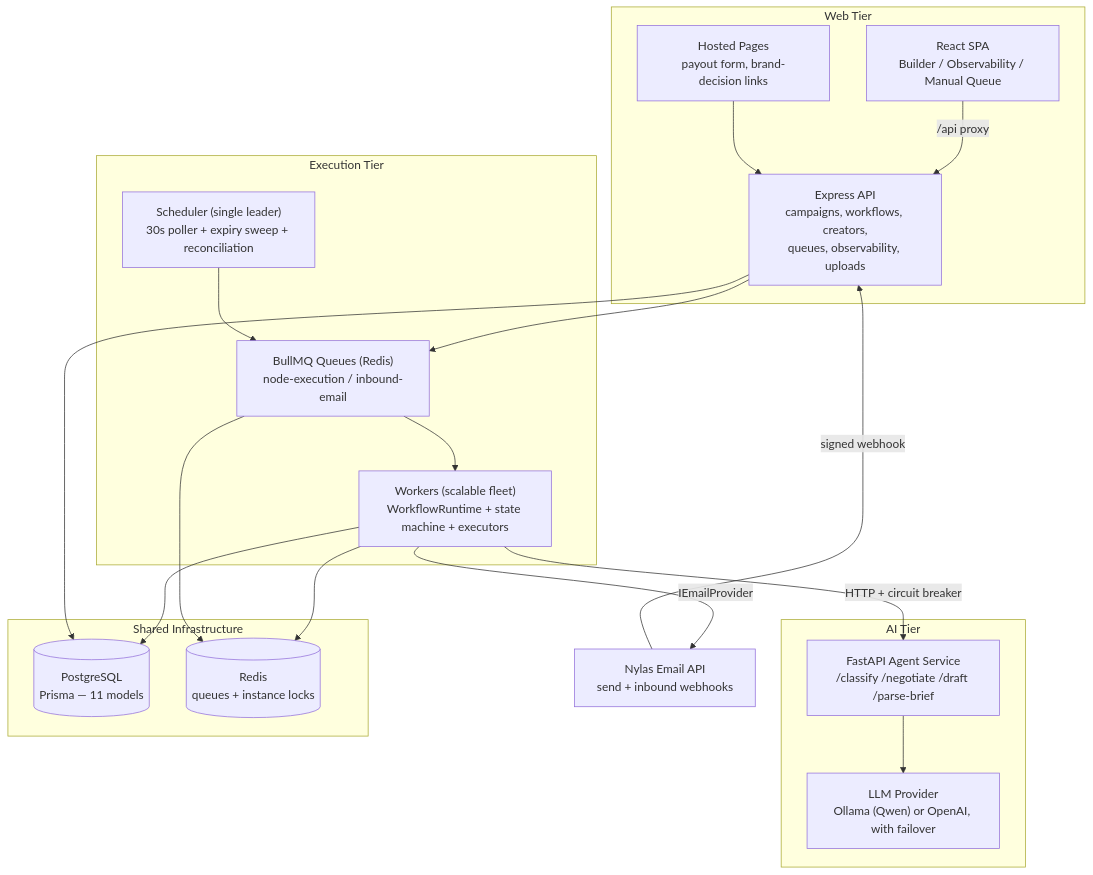
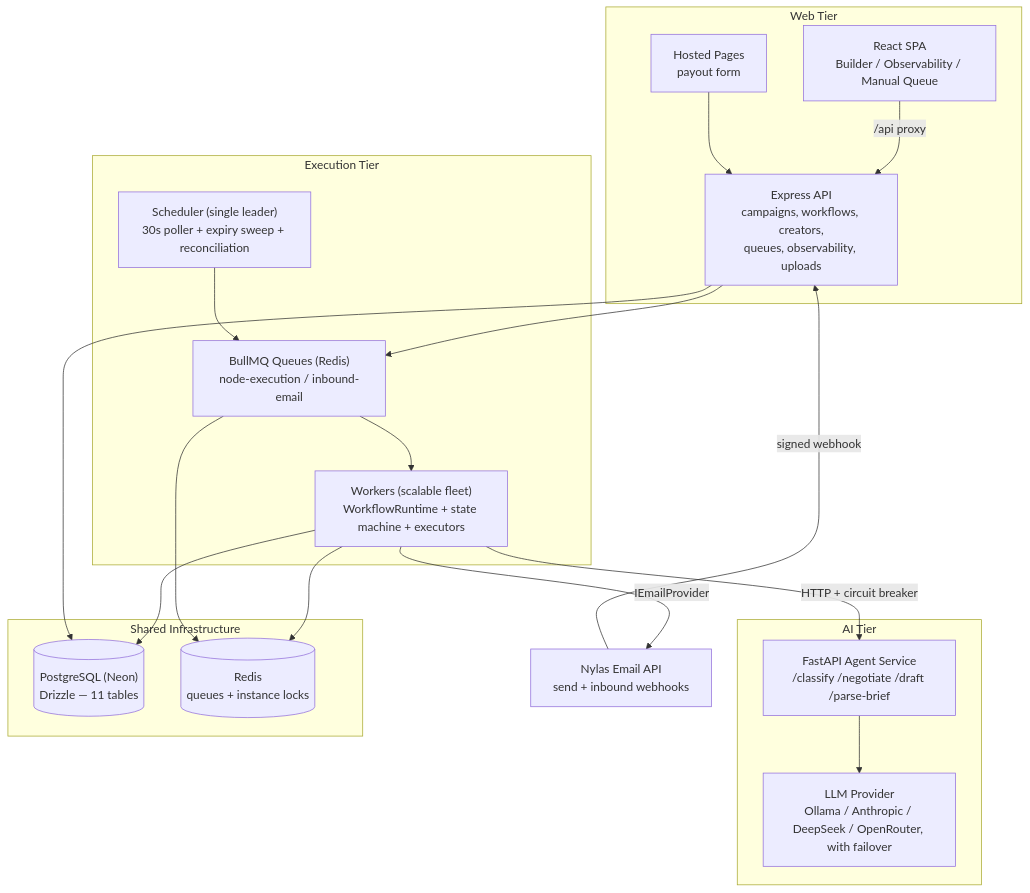
The first of 6 diagrams in README.md (ayushgade06/pluvus-workflow-prototype), drawn with Mermaid before and after one commit. The commit also changed other lines of this file and 25 other files, not shown here.

````diff
--- a/README.md
+++ b/README.md
@@ -60,40 +60,40 @@
 ```mermaid
 flowchart TB
     subgraph WebTier["Web Tier"]
         UI["React SPA<br/>Builder / Observability / Manual Queue"]
         API["Express API<br/>campaigns, workflows, creators,<br/>queues, observability, uploads"]
-        PAGES["Hosted Pages<br/>payout form, brand-decision links"]
+        PAGES["Hosted Pages<br/>payout form"]
     end
 
     subgraph ExecTier["Execution Tier"]
         SCHED["Scheduler (single leader)<br/>30s poller + expiry sweep + reconciliation"]
         Q["BullMQ Queues (Redis)<br/>node-execution / inbound-email"]
         WORK["Workers (scalable fleet)<br/>WorkflowRuntime + state machine + executors"]
     end
 
     subgraph AITier["AI Tier"]
         AGENT["FastAPI Agent Service<br/>/classify /negotiate /draft /parse-brief"]
-        LLM["LLM Provider<br/>Ollama (Qwen) or OpenAI, with failover"]
+        LLM["LLM Provider<br/>Ollama / Anthropic / DeepSeek / OpenRouter, with failover"]
     end
 
     subgraph Infra["Shared Infrastructure"]
-        PG[("PostgreSQL<br/>Prisma — 11 models")]
+        PG[("PostgreSQL (Neon)<br/>Drizzle — 11 tables")]
         REDIS[("Redis<br/>queues + instance locks")]
     end
 
     NYLAS["Nylas Email API<br/>send + inbound webhooks"]
 
     UI -->|"/api proxy"| API
     API --> Q
     SCHED --> Q
     Q --> WORK
     WORK --> PG
     WORK -->|"HTTP + circuit breaker"| AGENT
     AGENT --> LLM
     WORK -->|"IEmailProvider"| NYLAS
     NYLAS -->|"signed webhook"| API
     API --> PG
     WORK --> REDIS
     Q --> REDIS
     PAGES --> API
 ```
````
